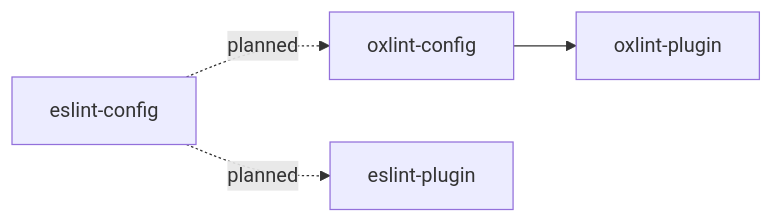
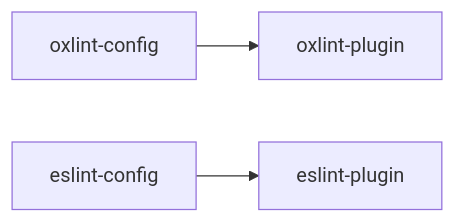
The first of 2 diagrams in ARCHITECTURE.md (sonsu-lee/style-guide), drawn with Mermaid before and after one commit. The commit also changed other lines of this file and 36 other files, not shown here.

````diff
--- a/ARCHITECTURE.md
+++ b/ARCHITECTURE.md
@@ -25,6 +25,5 @@
 ```mermaid
 flowchart LR
   OXC[oxlint-config] --> OXP[oxlint-plugin]
-  ESC[eslint-config] -. planned .-> ESP[eslint-plugin]
-  ESC -. planned .-> OXC
+  ESC[eslint-config] --> ESP[eslint-plugin]
 ```
````
